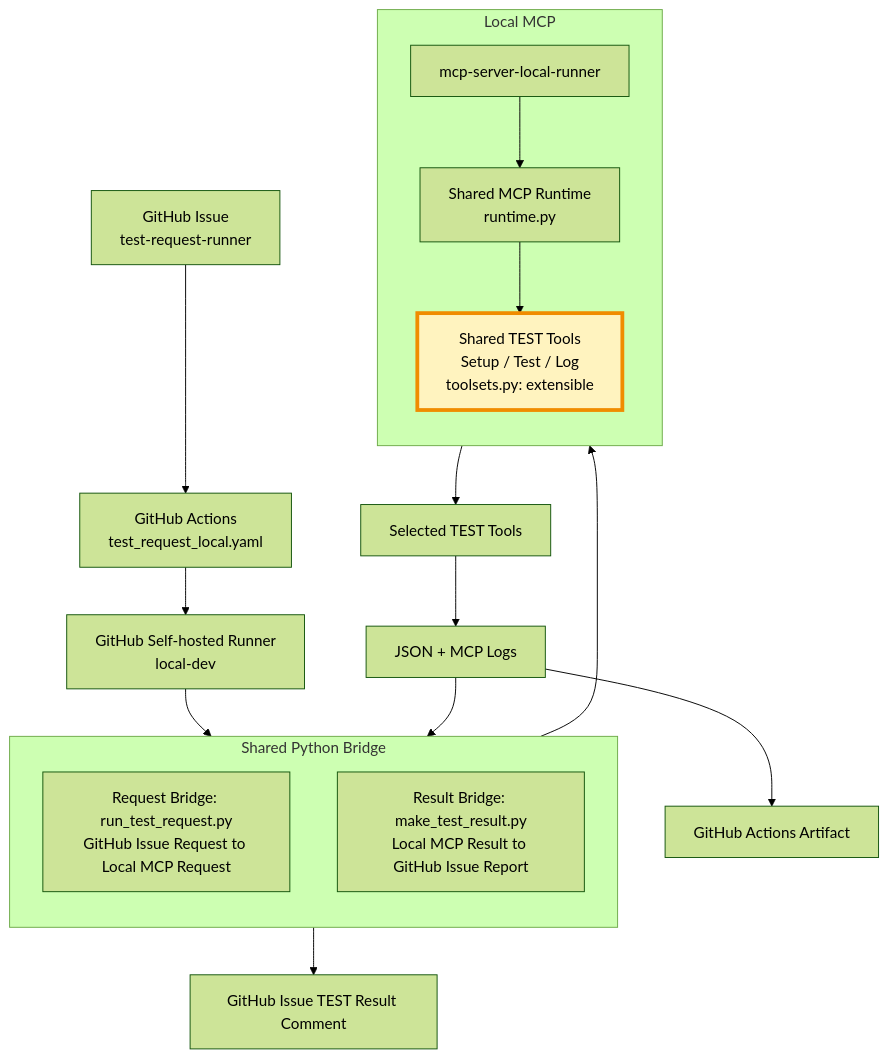
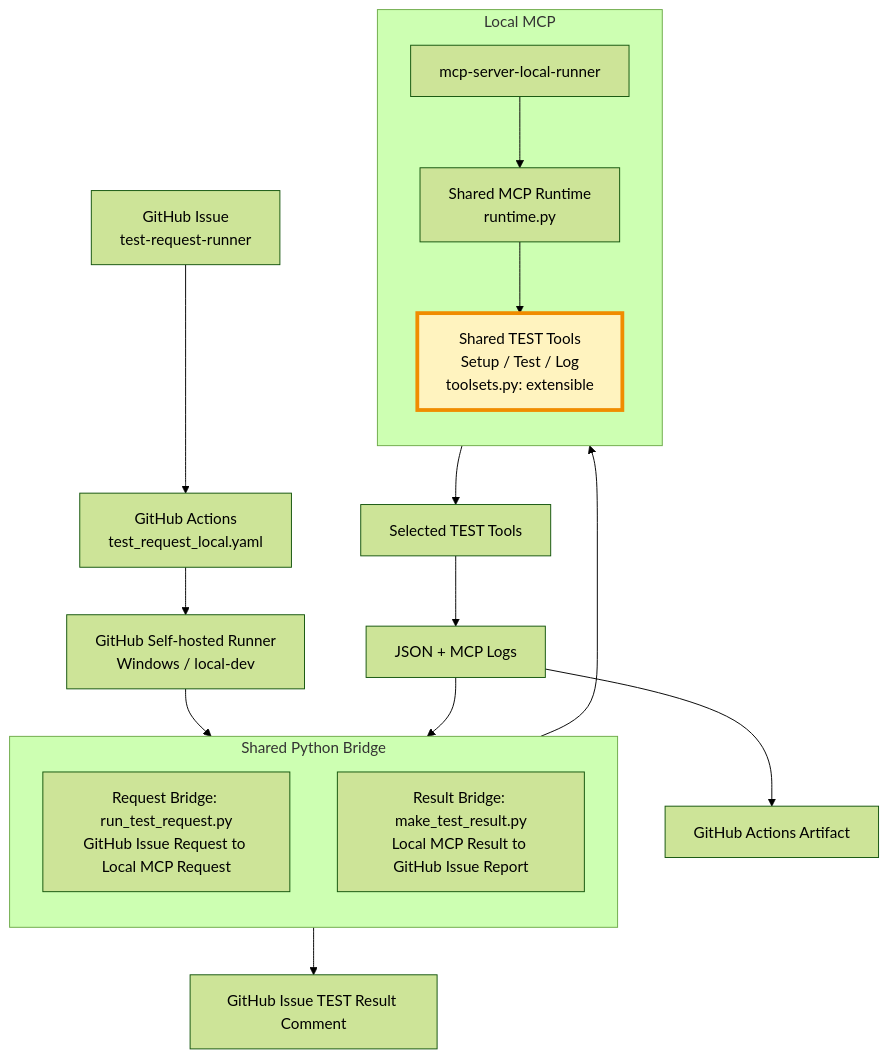
The first of 2 diagrams in docs/architecture/automation-design.md (JeonghunLee/local-ai-agent-mcp), drawn with Mermaid (forest theme) before and after one commit. The commit also changed other lines of this file and 1 other file, not shown here.

Commit message:
refactor: enhance documentation clarity by specifying Windows environments in automation design

````diff
--- a/docs/architecture/automation-design.md
+++ b/docs/architecture/automation-design.md
@@ -83,32 +94,32 @@
 ```mermaid
 flowchart TD
     Issue["GitHub Issue<br/>test-request-runner"]
     Workflow["GitHub Actions<br/>test_request_local.yaml"]
-    Runner["GitHub Self-hosted Runner<br/>local-dev"]
+    Runner["GitHub Self-hosted Runner<br/>Windows / local-dev"]
 
     subgraph Bridge["Shared Python Bridge"]
         direction TB
         RunBridge["Request Bridge: run_test_request.py<br/>GitHub Issue Request to Local MCP Request"]
         ResultBridge["Result Bridge: make_test_result.py<br/>Local MCP Result to GitHub Issue Report"]
     end
 
     subgraph MCP["Local MCP"]
         direction TB
         RunnerMCP["mcp-server-local-runner"]
         SharedRuntime["Shared MCP Runtime<br/>runtime.py"]
         SharedTools["Shared TEST Tools<br/>Setup / Test / Log<br/>toolsets.py: extensible"]
     end
 
     Tools["Selected TEST Tools"]
     Result["JSON + MCP Logs"]
     Artifact["GitHub Actions Artifact"]
     Comment["GitHub Issue TEST Result Comment"]
 
     Issue --> Workflow --> Runner --> RunBridge
     RunBridge --> RunnerMCP --> SharedRuntime --> SharedTools --> Tools --> Result
     Result --> Artifact
     Result --> ResultBridge --> Comment
 
     classDef sharedTools fill:#fff3bf,stroke:#f08c00,stroke-width:4px,color:#000;
     class SharedTools sharedTools;
 ```
````
